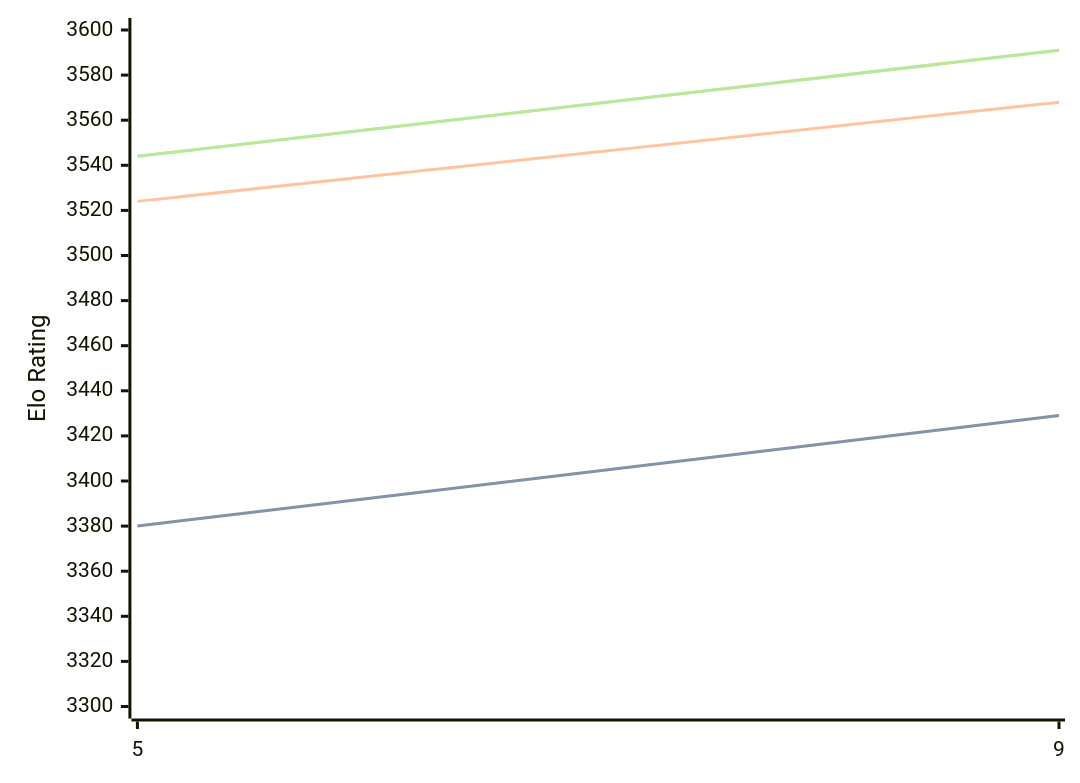
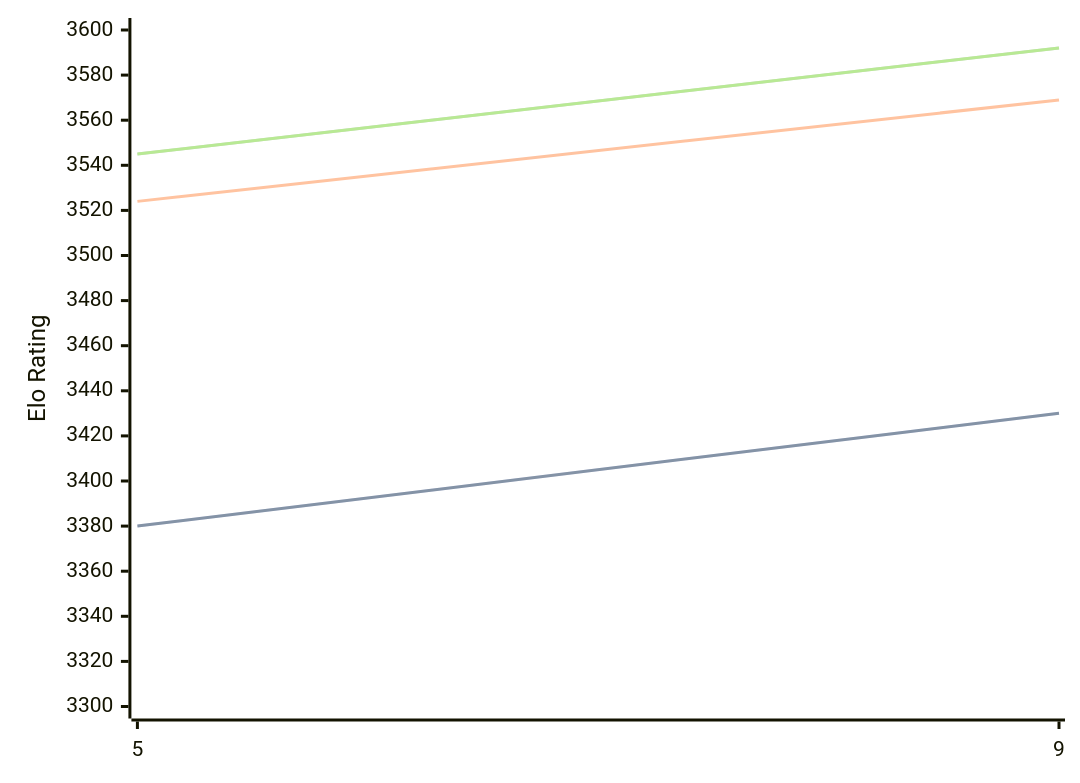
One commit to computer-chess-index/cci changed the diagram in engines/Crystal.md. Above: the diagram before and after it, drawn with Mermaid. The commit also changed other lines of this file, not shown here.

Commit message:
Update CCI Ratings (ELO VLTC) - 2026-09-06

````diff
--- a/engines/Crystal.md
+++ b/engines/Crystal.md
@@ -32,11 +32,11 @@
 ```mermaid
 %%{init: {"theme":"base","themeVariables":{"seriesColors:['#a3a3a3','#222221','#faa371']}}}%%
 xychart-beta
   x-axis ["5", "9"]
   y-axis "Elo Rating" 3300 --> 3600
-  line "" [3380, 3429]
-  line "STC (8.0+0.08s)" [3380, 3429]
-  line "LTC (60.0+0.60s)" [3524, 3568]
-  line "" [3544, 3591]
-  line "VLTC (2m24s+1.12s)" [3544, 3591]
+  line "" [3380, 3430]
+  line "STC (8.0+0.08s)" [3380, 3430]
+  line "LTC (60.0+0.60s)" [3524, 3569]
+  line "" [3545, 3592]
+  line "VLTC (2m24s+1.12s)" [3545, 3592]
 ```
````
